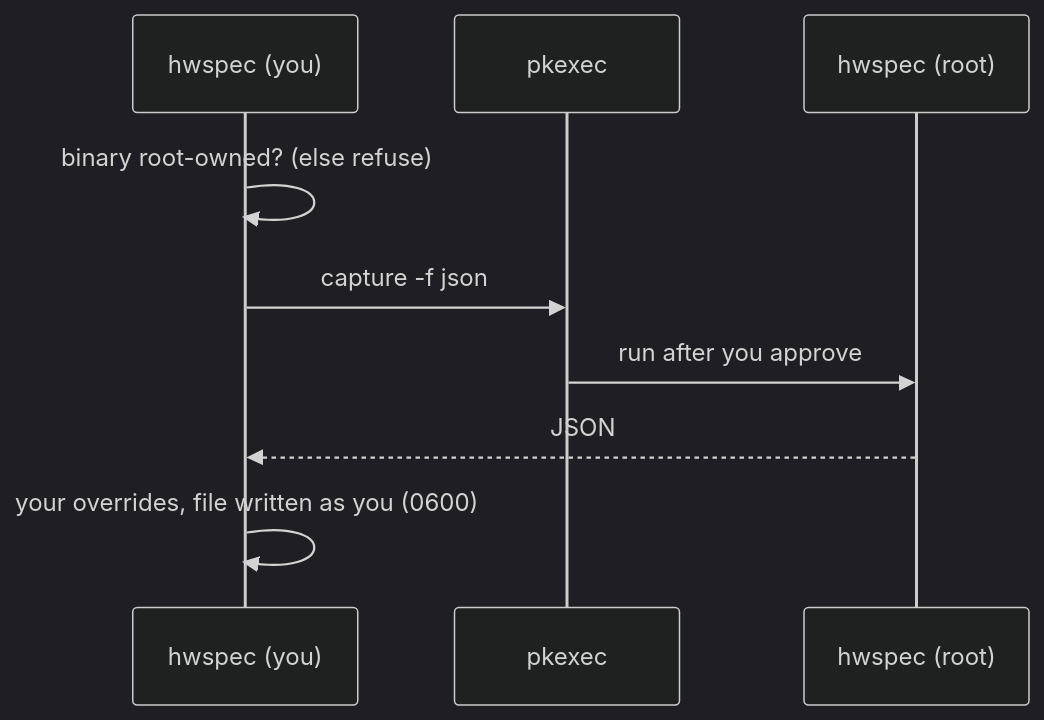
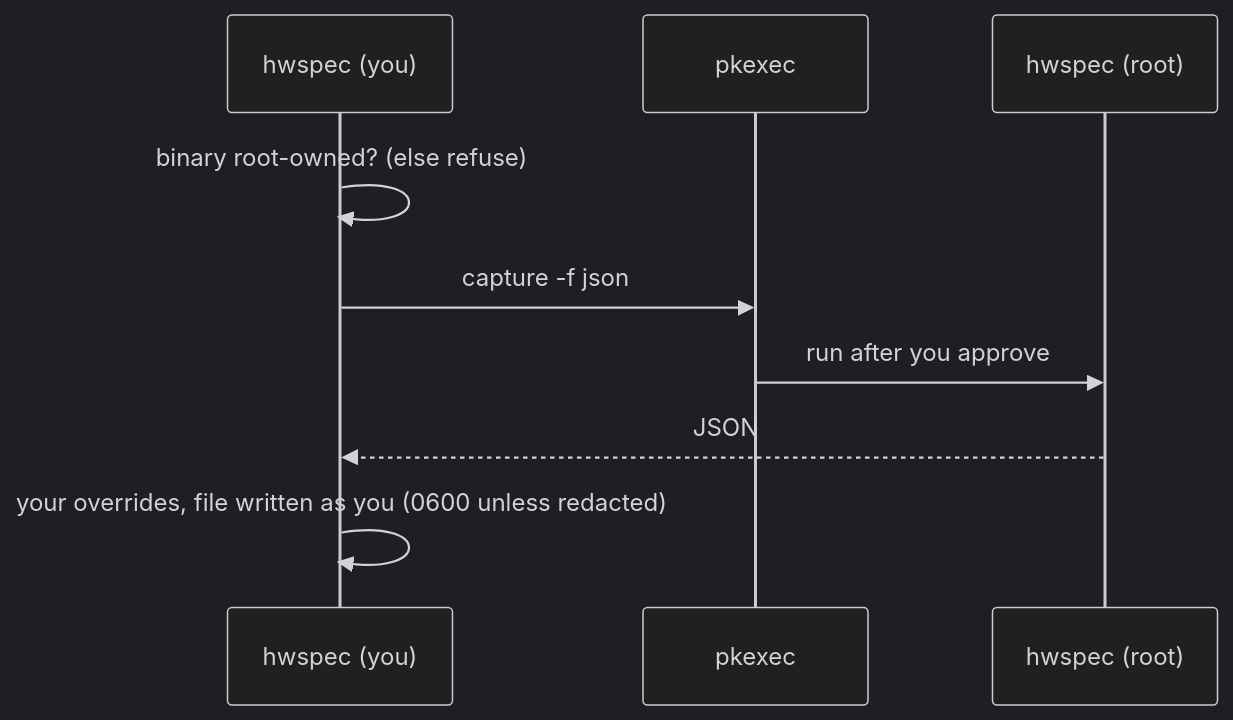
One commit to MrBeldum/hwspec changed the second of 3 diagrams in README.md. Above: the diagram before and after it, drawn with Mermaid (dark theme). The commit also changed other lines of this file and 10 other files, not shown here.

````diff
--- a/README.md
+++ b/README.md
@@ -105,11 +105,11 @@
 ```mermaid
 sequenceDiagram
   participant U as hwspec (you)
   participant P as pkexec
   participant R as hwspec (root)
   U->>U: binary root-owned? (else refuse)
   U->>P: capture -f json
   P->>R: run after you approve
   R-->>U: JSON
-  U->>U: your overrides, file written as you (0600)
+  U->>U: your overrides, file written as you (0600 unless redacted)
 ```
````
